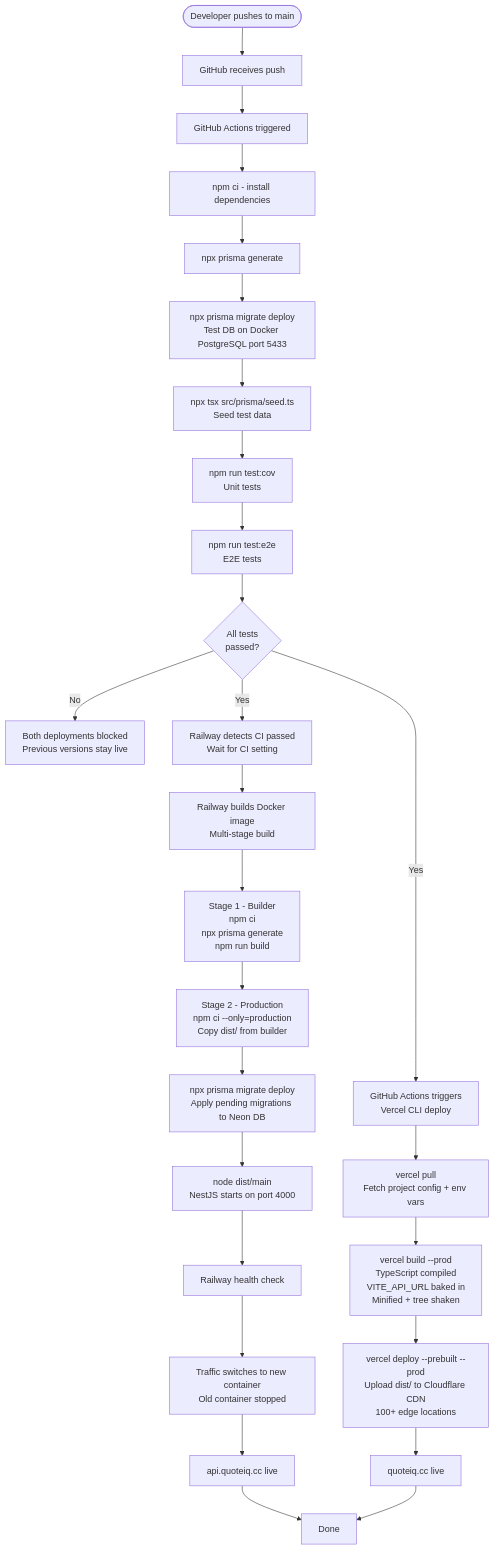
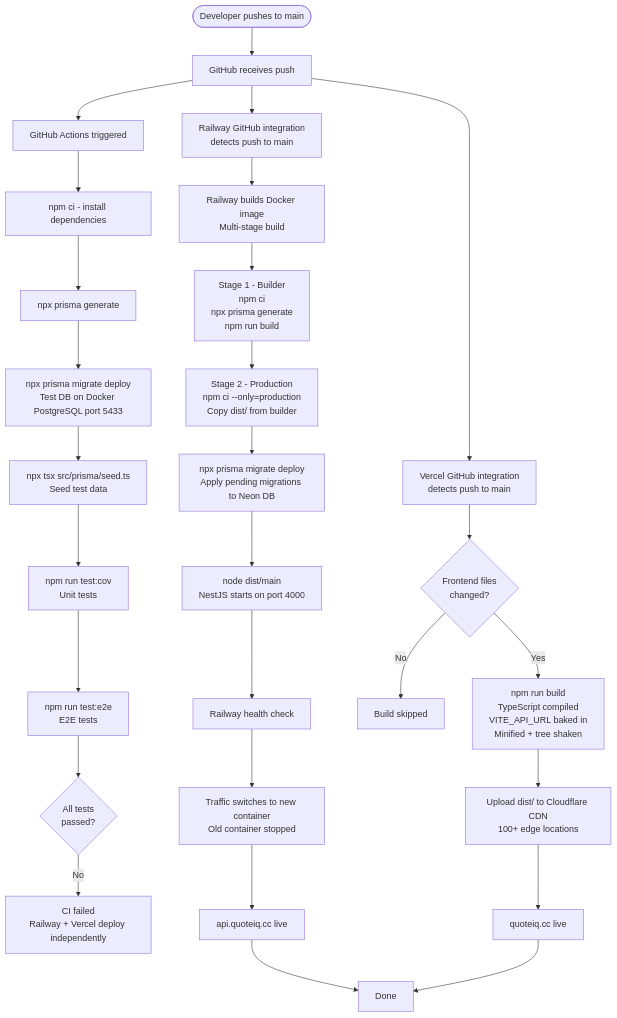
The diagram in docs/cicd-flow.md (Eunice-Amirtharajan/quote-iq), drawn with Mermaid before and after one commit. The commit also changed 3 other files, not shown here.

Commit message:
fix CI/CD diagrams and workflow to reflect independent Railway/Vercel GitHub integration deploys

````diff
--- a/docs/cicd-flow.md
+++ b/docs/cicd-flow.md
@@ -3,37 +3,38 @@
 ```mermaid
 flowchart TD
     Dev([Developer pushes to main])
     Dev --> GH[GitHub receives push]
 
     GH --> GHA[GitHub Actions triggered]
     GHA --> Install[npm ci - install dependencies]
     Install --> PrismaGen[npx prisma generate]
     PrismaGen --> Migrate[npx prisma migrate deploy<br/>Test DB on Docker PostgreSQL port 5433]
     Migrate --> Seed[npx tsx src/prisma/seed.ts<br/>Seed test data]
     Seed --> Unit[npm run test:cov<br/>Unit tests]
     Unit --> E2E[npm run test:e2e<br/>E2E tests]
 
     E2E --> CIPass{All tests<br/>passed?}
 
-    CIPass -->|No| Block[Both deployments blocked<br/>Previous versions stay live]
+    CIPass -->|No| Block[CI failed<br/>Railway + Vercel deploy independently]
 
-    CIPass -->|Yes| RailwayTrigger[Railway detects CI passed<br/>Wait for CI setting]
-    CIPass -->|Yes| VercelTrigger[GitHub Actions triggers<br/>Vercel CLI deploy]
+    GH --> RailwayTrigger[Railway GitHub integration<br/>detects push to main]
+    GH --> VercelTrigger[Vercel GitHub integration<br/>detects push to main]
 
     RailwayTrigger --> DockerBuild[Railway builds Docker image<br/>Multi-stage build]
     DockerBuild --> Stage1[Stage 1 - Builder<br/>npm ci<br/>npx prisma generate<br/>npm run build]
     Stage1 --> Stage2[Stage 2 - Production<br/>npm ci --only=production<br/>Copy dist/ from builder]
     Stage2 --> MigrateProd[npx prisma migrate deploy<br/>Apply pending migrations to Neon DB]
     MigrateProd --> Start[node dist/main<br/>NestJS starts on port 4000]
     Start --> Health[Railway health check]
     Health --> Switch[Traffic switches to new container<br/>Old container stopped]
     Switch --> BackendLive[api.quoteiq.cc live]
 
-    VercelTrigger --> VPull[vercel pull<br/>Fetch project config + env vars]
-    VPull --> VBuild[vercel build --prod<br/>TypeScript compiled<br/>VITE_API_URL baked in<br/>Minified + tree shaken]
-    VBuild --> VDeploy[vercel deploy --prebuilt --prod<br/>Upload dist/ to Cloudflare CDN<br/>100+ edge locations]
+    VercelTrigger --> IgnoredCheck{Frontend files<br/>changed?}
+    IgnoredCheck -->|No| Skip[Build skipped]
+    IgnoredCheck -->|Yes| VBuild[npm run build<br/>TypeScript compiled<br/>VITE_API_URL baked in<br/>Minified + tree shaken]
+    VBuild --> VDeploy[Upload dist/ to Cloudflare CDN<br/>100+ edge locations]
     VDeploy --> FrontendLive[quoteiq.cc live]
 
     BackendLive --> Done
     FrontendLive --> Done
 ```
````
